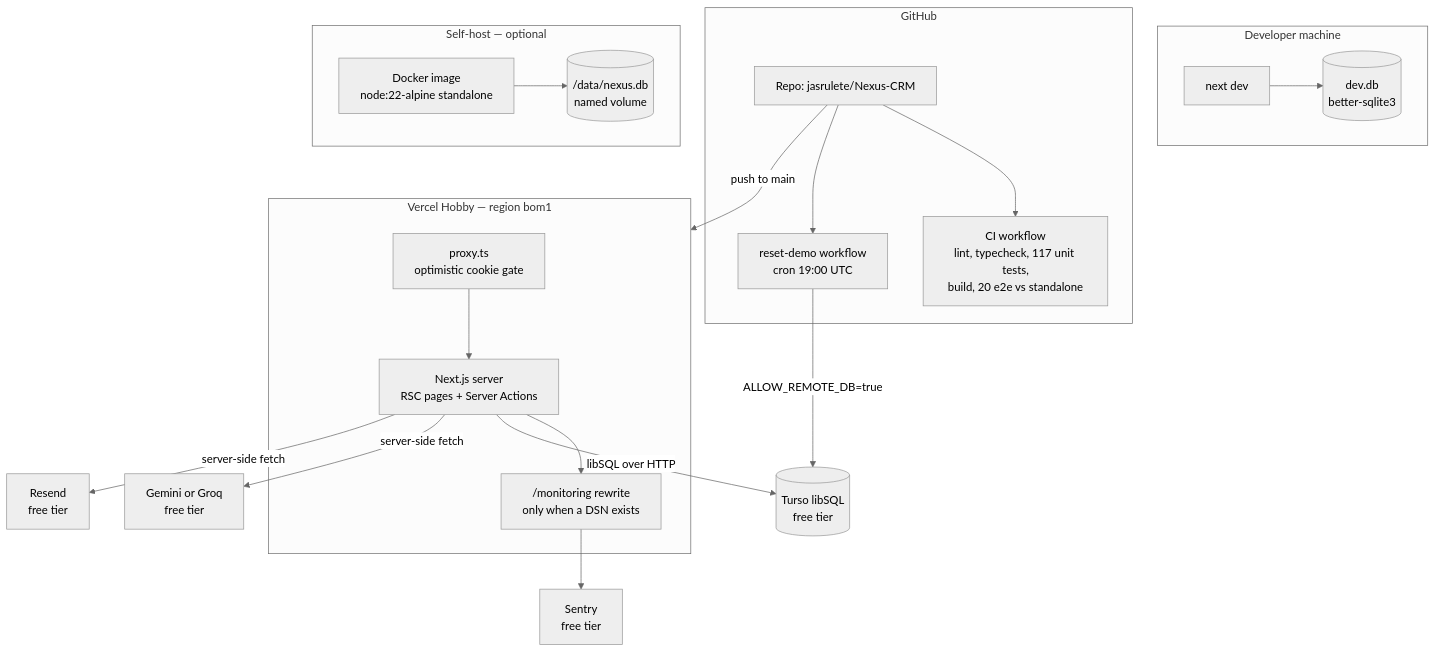
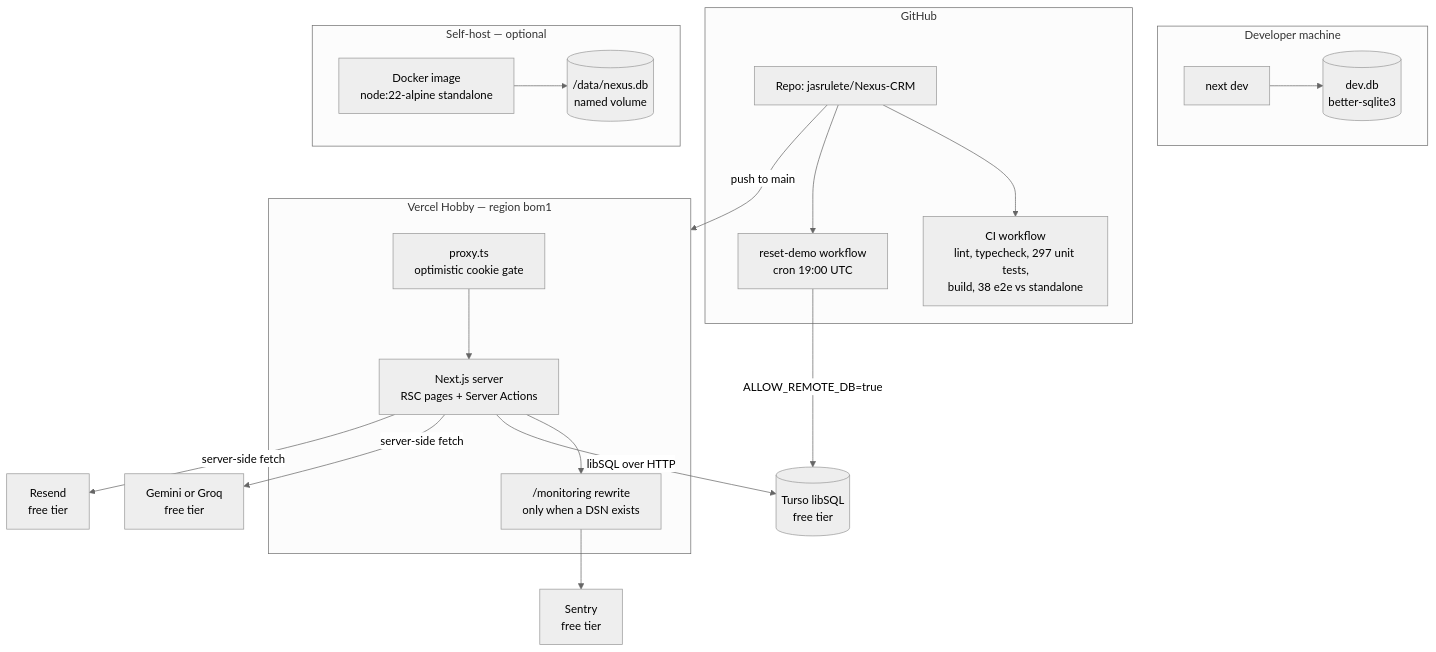
The first of 2 diagrams in docs/TECHNICAL-DESIGN.md (jasrulete/Nexus-CRM), drawn with Mermaid (neutral theme) before and after one commit. The commit also changed other lines of this file and 16 other files, not shown here.

````diff
--- a/docs/TECHNICAL-DESIGN.md
+++ b/docs/TECHNICAL-DESIGN.md
@@ -82,42 +82,42 @@
 ```mermaid
 flowchart TB
     subgraph dev["Developer machine"]
         NEXTDEV["next dev"]
         FILE[("dev.db<br/>better-sqlite3")]
         NEXTDEV --> FILE
     end
 
     subgraph gh["GitHub"]
         REPO["Repo: jasrulete/Nexus-CRM"]
-        CI["CI workflow<br/>lint, typecheck, 117 unit tests,<br/>build, 20 e2e vs standalone"]
+        CI["CI workflow<br/>lint, typecheck, 297 unit tests,<br/>build, 38 e2e vs standalone"]
         RESET["reset-demo workflow<br/>cron 19:00 UTC"]
         REPO --> CI
         REPO --> RESET
     end
 
     subgraph vercel["Vercel Hobby — region bom1"]
         PROXY["proxy.ts<br/>optimistic cookie gate"]
         APP["Next.js server<br/>RSC pages + Server Actions"]
         TUNNEL["/monitoring rewrite<br/>only when a DSN exists"]
         PROXY --> APP
         APP --> TUNNEL
     end
 
     subgraph selfhost["Self-host — optional"]
         DOCKER["Docker image<br/>node:22-alpine standalone"]
         VOL[("/data/nexus.db<br/>named volume")]
         DOCKER --> VOL
     end
 
     TURSO[("Turso libSQL<br/>free tier")]
     AI["Gemini or Groq<br/>free tier"]
     RESEND["Resend<br/>free tier"]
     SENTRY["Sentry<br/>free tier"]
 
     REPO -- "push to main" --> vercel
     APP -- "libSQL over HTTP" --> TURSO
     RESET -- "ALLOW_REMOTE_DB=true" --> TURSO
     APP -- "server-side fetch" --> AI
     APP -- "server-side fetch" --> RESEND
     TUNNEL --> SENTRY
 ```
````
